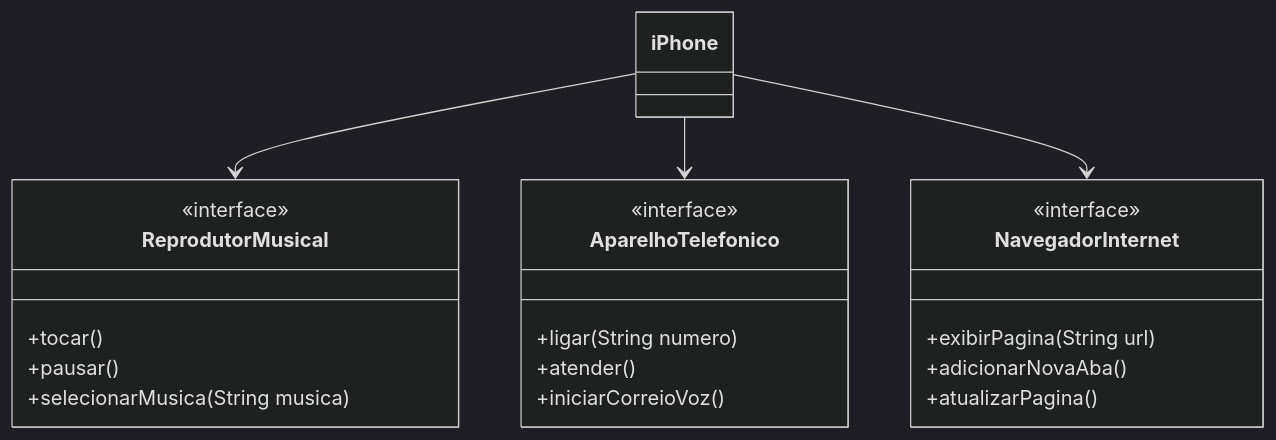
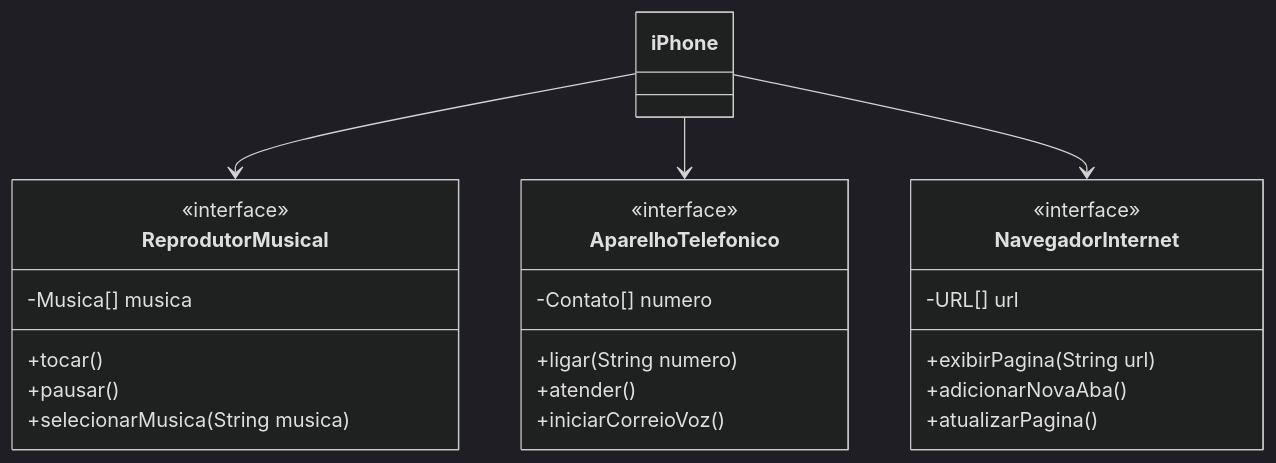
The diagram in README.md (KarlaAlmeida/modelagem-iphone), drawn with Mermaid (dark theme) before and after one commit.

````diff
--- a/README.md
+++ b/README.md
@@ -17,30 +17,33 @@
 ```mermaid
 classDiagram
     class ReprodutorMusical {
         <<interface>>
+         -Musica[] musica
         +tocar()
         +pausar()
         +selecionarMusica(String musica)
     }
 
     class AparelhoTelefonico {
         <<interface>>
+         -Contato[] numero
         +ligar(String numero)
         +atender()
         +iniciarCorreioVoz()
     }
 
     class NavegadorInternet {
         <<interface>>
+         -URL[] url
         +exibirPagina(String url)
         +adicionarNovaAba()
         +atualizarPagina()
     }
 
     class iPhone {
     }
 
     iPhone --> ReprodutorMusical
     iPhone --> AparelhoTelefonico
     iPhone --> NavegadorInternet
 ```
````
